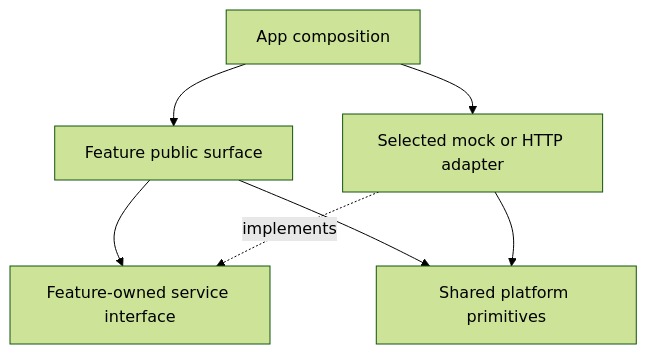
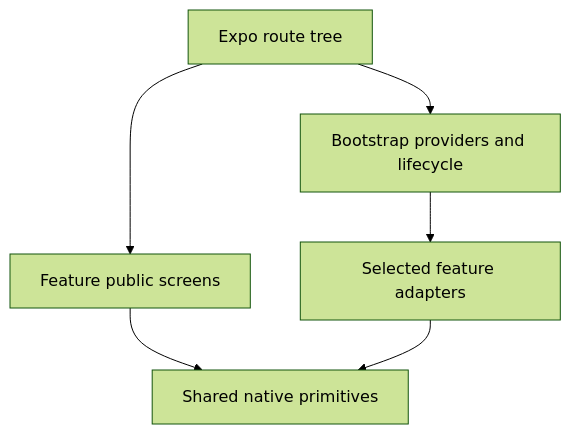
Before and after one commit to phatnguyen975/unihub-workshop: the diagram in docs/client/mobile/source-structure.md, drawn with Mermaid (forest theme). The commit also changed other lines of this file and 13 other files, not shown here.

First line of the commit message:
docs(client): define feature and platform boundaries

````diff
--- a/docs/client/mobile/source-structure.md
+++ b/docs/client/mobile/source-structure.md
@@ -50,9 +49,8 @@
 ```mermaid
 flowchart TD
-  App[App composition] --> Feature[Feature public surface]
-  App --> Adapter[Selected mock or HTTP adapter]
-  Feature --> Service[Feature-owned service interface]
-  Adapter -. implements .-> Service
-  Feature --> Shared[Shared platform primitives]
+  Routes[Expo route tree] --> Bootstrap[Bootstrap providers and lifecycle]
+  Routes --> Screens[Feature public screens]
+  Bootstrap --> Adapter[Selected feature adapters]
+  Screens --> Shared[Shared native primitives]
   Adapter --> Shared
 ```
````
